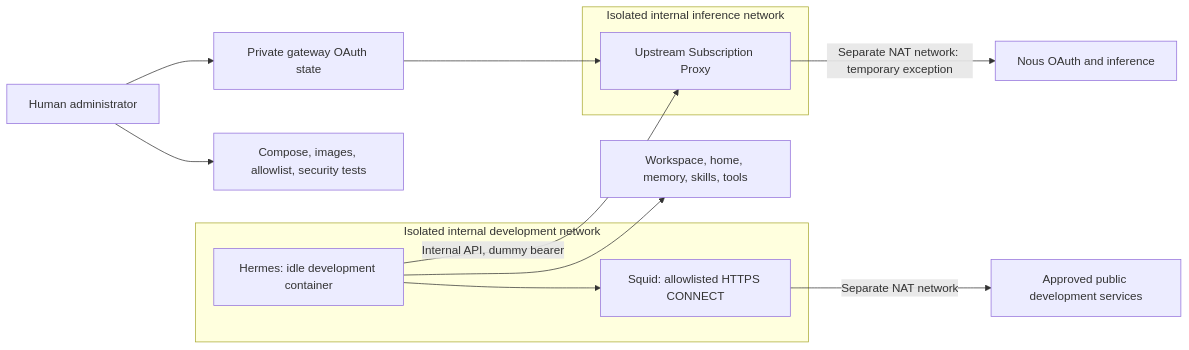
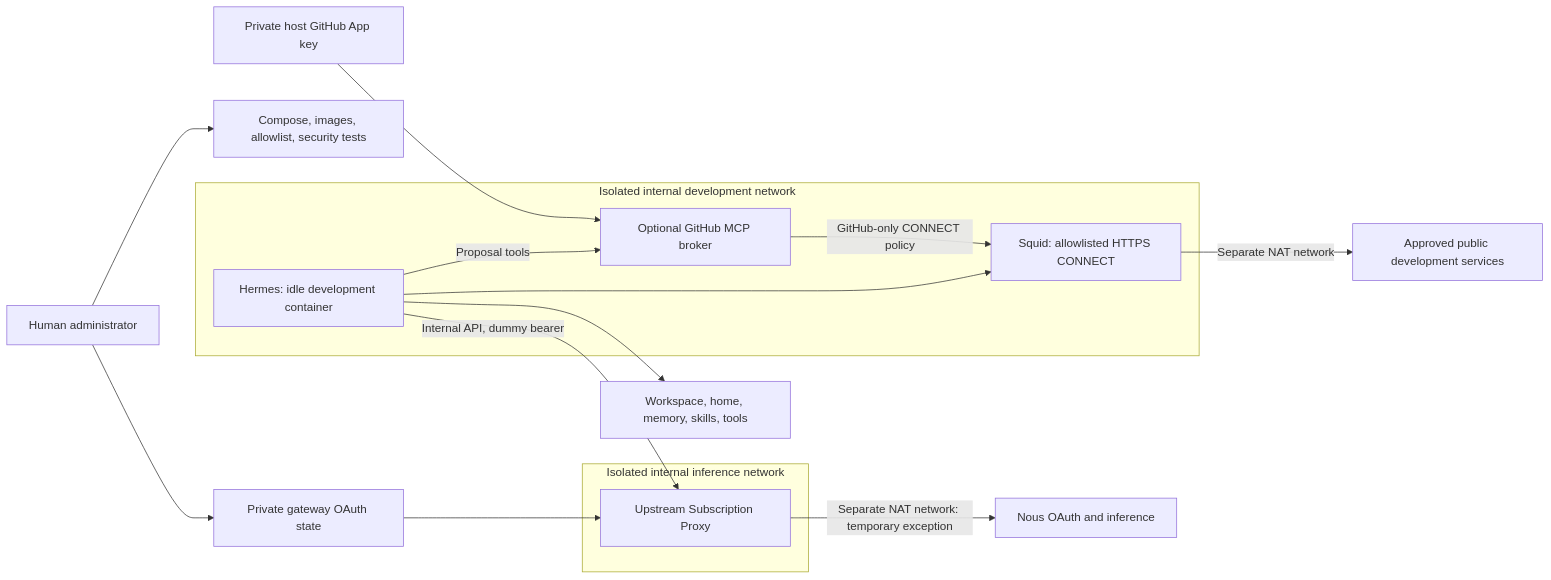
Before and after one commit to sevandewater/hermes-dev-loop: the diagram in README.md, drawn with Mermaid. The commit also changed other lines of this file and 22 other files, not shown here.

Commit message:
feat: isolate GitHub App proposal tools behind an MCP broker

````diff
--- a/README.md
+++ b/README.md
@@ -57,18 +57,22 @@
 ```mermaid
 flowchart LR
   Admin[Human administrator] --> Infra[Compose, images, allowlist, security tests]
   Admin --> State[Private gateway OAuth state]
   subgraph Dev[Isolated internal development network]
     Hermes[Hermes: idle development container]
     Squid[Squid: allowlisted HTTPS CONNECT]
     Hermes --> Squid
+    Broker[Optional GitHub MCP broker]
+    Hermes -->|Proposal tools| Broker
+    Broker -->|GitHub-only CONNECT policy| Squid
   end
   subgraph LLM[Isolated internal inference network]
     Gateway[Upstream Subscription Proxy]
   end
   Hermes -->|Internal API, dummy bearer| Gateway
   Squid -->|Separate NAT network| Approved[Approved public development services]
   State --> Gateway
   Gateway -->|Separate NAT network: temporary exception| Nous[Nous OAuth and inference]
   Hermes --> Writable[Workspace, home, memory, skills, tools]
+  AppKey[Private host GitHub App key] --> Broker
 ```
````
